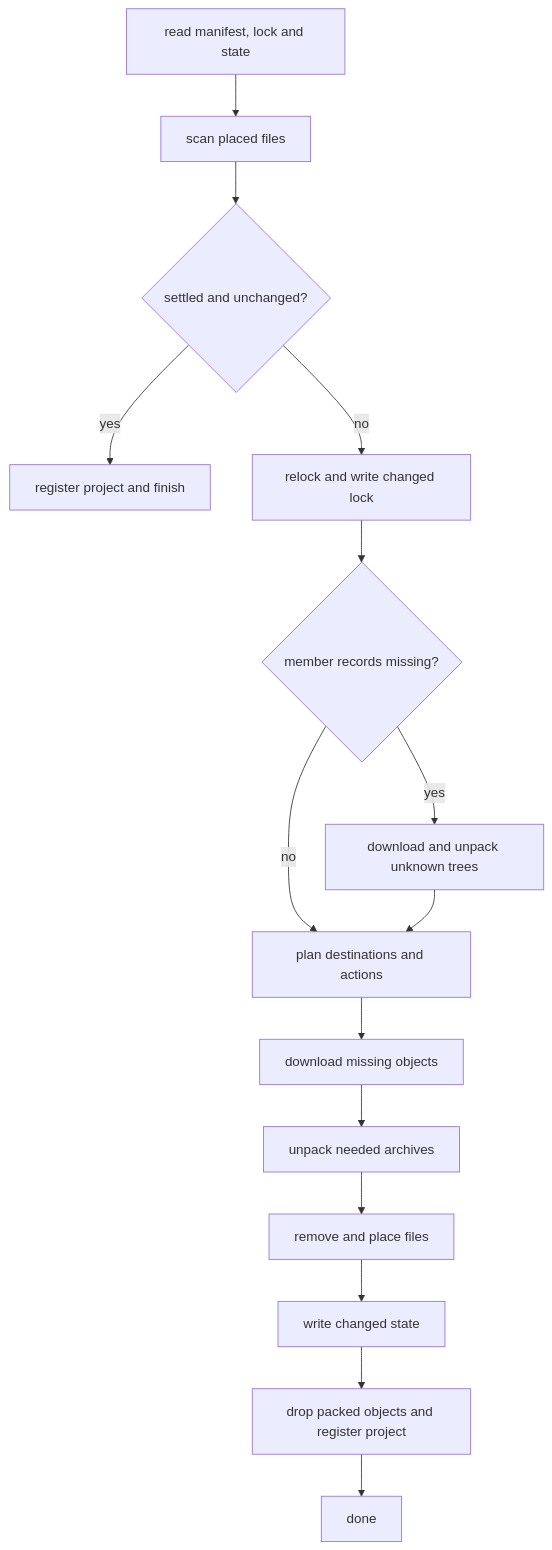
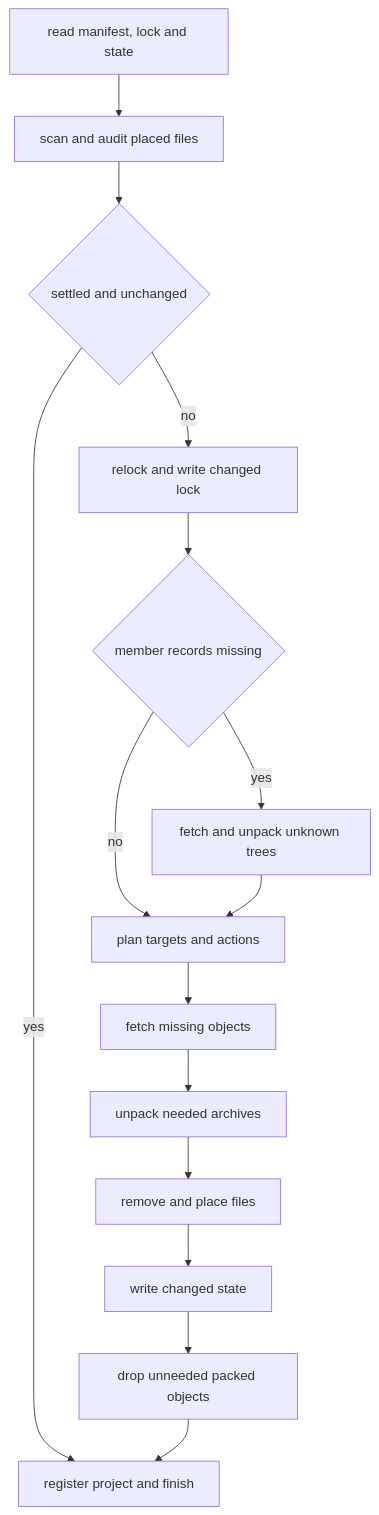
The second of 4 diagrams in docs/dev/architecture.md (nikhil-yn-aix/fetchloom), drawn with Mermaid before and after one commit. The commit also changed other lines of this file and 6 other files, not shown here.

````diff
--- a/docs/dev/architecture.md
+++ b/docs/dev/architecture.md
@@ -44,17 +58,17 @@
 ```mermaid
 flowchart TD
-    read[read manifest, lock and state] --> scan[scan placed files]
-    scan --> settled{settled and unchanged?}
-    settled -->|yes| done[register project and finish]
-    settled -->|no| relock[relock and write changed lock]
-    relock --> missing{member records missing?}
-    missing -->|yes| expand[download and unpack unknown trees]
-    missing -->|no| plan[plan destinations and actions]
+    read["read manifest, lock and state"] --> scan["scan and audit placed files"]
+    scan --> settled{"settled and unchanged"}
+    settled -->|yes| register["register project and finish"]
+    settled -->|no| relock["relock and write changed lock"]
+    relock --> unknown{"member records missing"}
+    unknown -->|yes| expand["fetch and unpack unknown trees"]
+    unknown -->|no| plan["plan targets and actions"]
     expand --> plan
-    plan --> download[download missing objects]
-    download --> unpack[unpack needed archives]
-    unpack --> place[remove and place files]
-    place --> state[write changed state]
-    state --> register[drop packed objects and register project]
-    register --> finish[done]
+    plan --> download["fetch missing objects"]
+    download --> unpack["unpack needed archives"]
+    unpack --> place["remove and place files"]
+    place --> state["write changed state"]
+    state --> drop["drop unneeded packed objects"]
+    drop --> register
 ```
````
